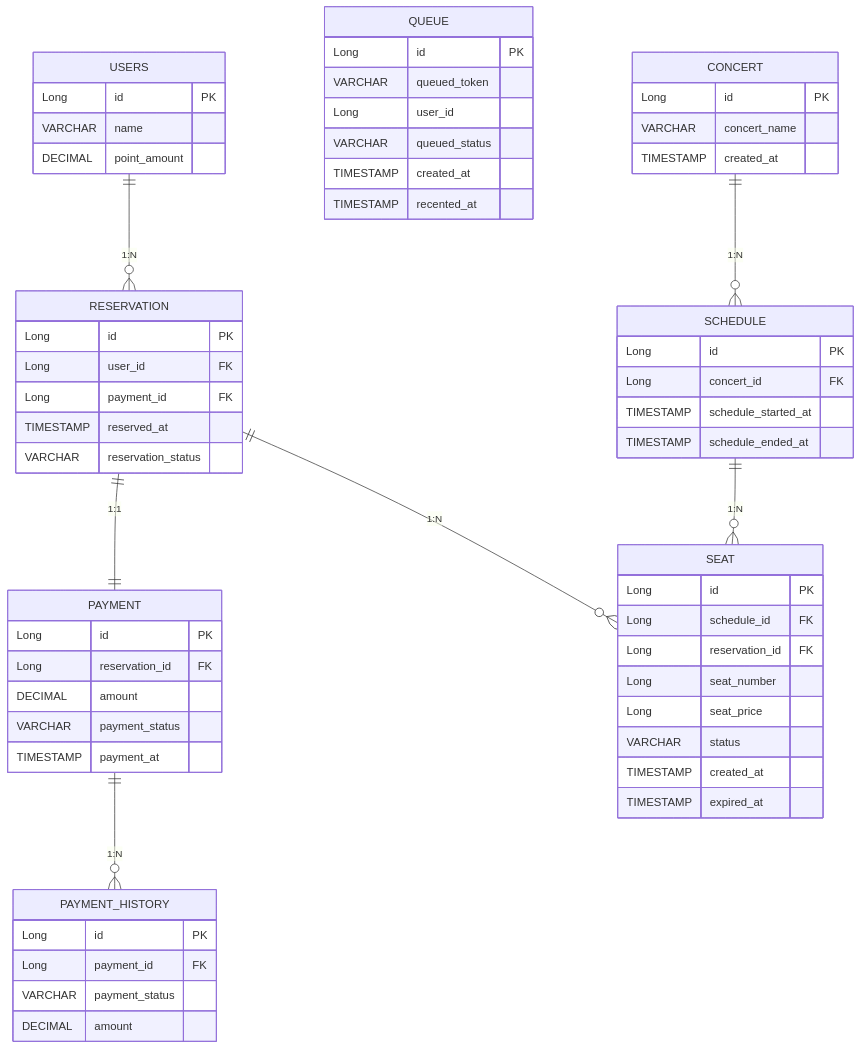
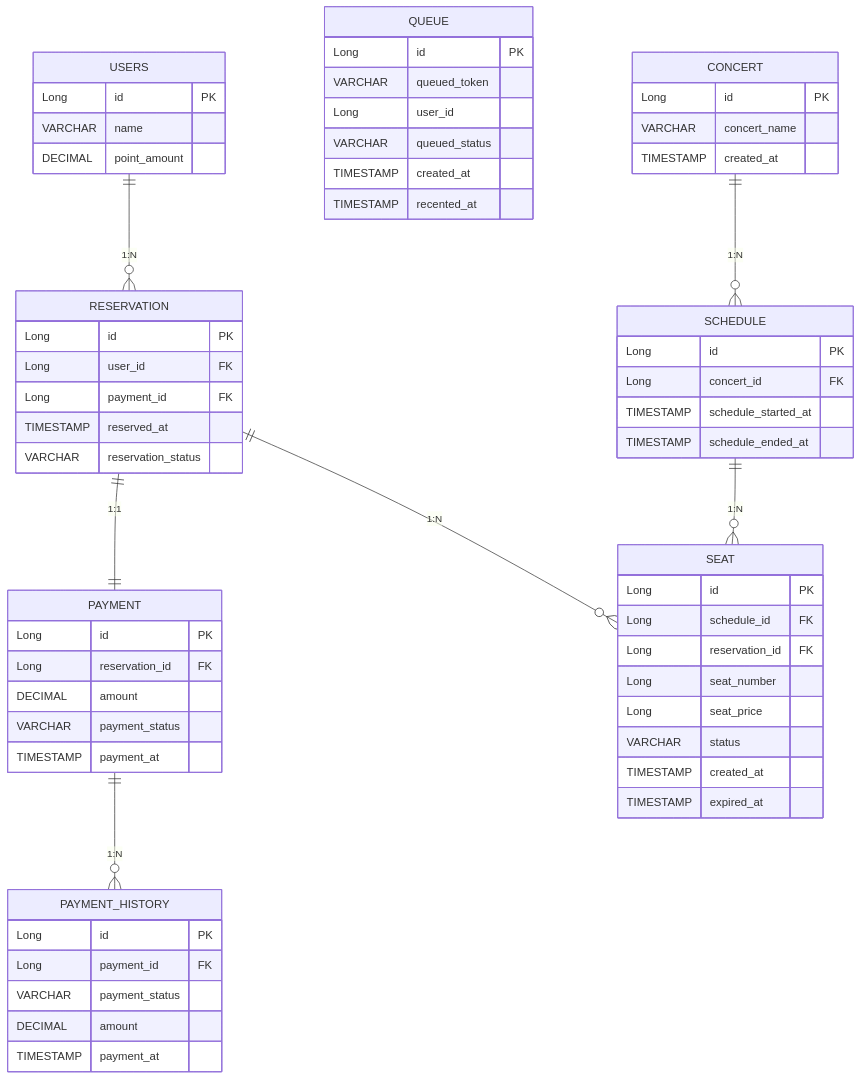
Before and after one commit to hyojin202406/hanghae-concert: the diagram in docs/ERD.md, drawn with Mermaid.

Commit message:
doc: ERD 수정
- 결제 내역 테이블 추가

````diff
--- a/docs/ERD.md
+++ b/docs/ERD.md
@@ -5,73 +5,74 @@
 ```mermaid
 erDiagram
     USERS {
         Long id PK
         VARCHAR name
         DECIMAL point_amount
     }
 
     QUEUE {
         Long id PK
         VARCHAR queued_token
         Long user_id
         VARCHAR queued_status
         TIMESTAMP created_at
         TIMESTAMP recented_at
     }
 
     RESERVATION {
         Long id PK
         Long user_id FK
         Long payment_id FK
         TIMESTAMP reserved_at
         VARCHAR reservation_status
     }
 
     PAYMENT {
         Long id PK
         Long reservation_id FK
         DECIMAL amount
         VARCHAR payment_status
         TIMESTAMP payment_at
     }
     
     PAYMENT_HISTORY {
         Long id PK
         Long payment_id FK
         VARCHAR payment_status
         DECIMAL amount
+        TIMESTAMP payment_at
     }
     
     CONCERT {
         Long id PK
         VARCHAR concert_name
         TIMESTAMP created_at
     }
 
     SCHEDULE {
         Long id PK
         Long concert_id FK
         TIMESTAMP schedule_started_at
         TIMESTAMP schedule_ended_at
     }
     
     SEAT {
         Long id PK
         Long schedule_id FK
         Long reservation_id FK
         Long seat_number
         Long seat_price
         VARCHAR status
         TIMESTAMP created_at
         TIMESTAMP expired_at
     }
 
     %% Relationships
     USERS ||--o{ RESERVATION : "1:N"
     RESERVATION ||--|| PAYMENT : "1:1"
     PAYMENT ||--o{ PAYMENT_HISTORY : "1:N"
     RESERVATION ||--o{ SEAT : "1:N"
     CONCERT ||--o{ SCHEDULE : "1:N"
     SCHEDULE ||--o{ SEAT : "1:N"
 
 ```
````
